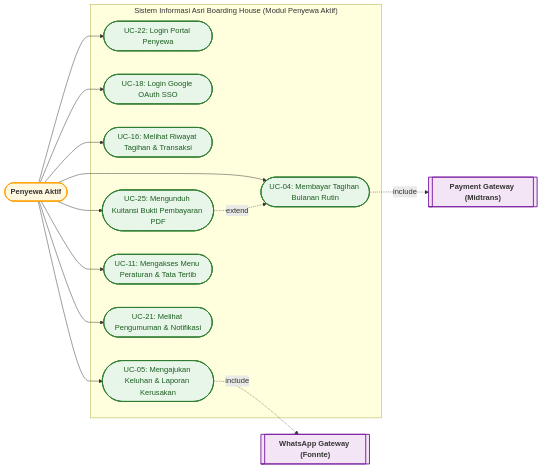
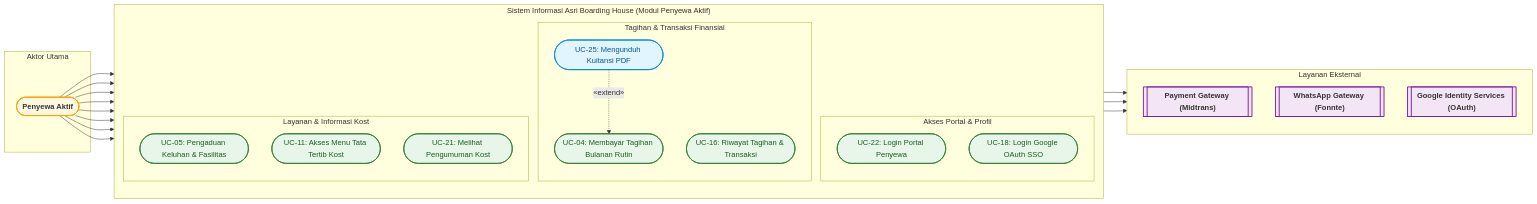
Before and after one commit to rafifarsyapradiva/asri-boarding-house: the second of 12 diagrams in Blueprint/Use_Case_Diagram_Kost.md, drawn with Mermaid. The commit also changed other lines of this file and 35 other files, not shown here.

Commit message:
docs(use-case): finalisasi use case diagram, kepatuhan notasi uml 2.5, alur interaksi terpadu, dan update blueprint v237.0

````diff
--- a/Blueprint/Use_Case_Diagram_Kost.md
+++ b/Blueprint/Use_Case_Diagram_Kost.md
@@ -97,40 +120,63 @@
 ```mermaid
 flowchart LR
     classDef primaryActor fill:#fff8e1,stroke:#ffa000,stroke-width:2px,font-weight:bold;
     classDef secondaryActor fill:#f3e5f5,stroke:#7b1fa2,stroke-width:2px,font-weight:bold;
-    classDef ucNode fill:#e8f5e9,stroke:#2e7d32,stroke-width:2px,color:#1b5e20;
+    classDef ucNode fill:#e8f5e9,stroke:#2e7d32,stroke-width:1.5px,color:#1b5e20;
+    classDef extNode fill:#e1f5fe,stroke:#0288d1,stroke-width:1.5px,color:#01579b;
 
-    %% Primary Actor
-    Penyewa(["Penyewa Aktif"]):::primaryActor
-
-    %% Secondary Actors
-    Midtrans[["Payment Gateway (Midtrans)"]]:::secondaryActor
-    Fonnte[["WhatsApp Gateway (Fonnte)"]]:::secondaryActor
-
-    %% System Boundary
-    subgraph System ["Sistem Informasi Asri Boarding House (Modul Penyewa Aktif)"]
-        UC22_P(["UC-22: Login Portal Penyewa"]):::ucNode
-        UC18_P(["UC-18: Login Google OAuth SSO"]):::ucNode
-        UC16_P(["UC-16: Melihat Riwayat Tagihan & Transaksi"]):::ucNode
-        UC04(["UC-04: Membayar Tagihan Bulanan Rutin"]):::ucNode
-        UC25(["UC-25: Mengunduh Kuitansi Bukti Pembayaran PDF"]):::ucNode
-        UC05(["UC-05: Mengajukan Keluhan & Laporan Kerusakan"]):::ucNode
-        UC11(["UC-11: Mengakses Menu Peraturan & Tata Tertib"]):::ucNode
-        UC21(["UC-21: Melihat Pengumuman & Notifikasi"]):::ucNode
+    %% Panel Kiri: Primary Actor
+    subgraph ColPenyewa ["Aktor Utama"]
+        Penyewa(["Penyewa Aktif"]):::primaryActor
     end
 
-    %% Relations - Penyewa Aktif
+    %% Boundary Sistem Modul Penyewa
+    subgraph BoundaryTenant ["Sistem Informasi Asri Boarding House (Modul Penyewa Aktif)"]
+        direction TB
+
+        %% Sub-klaster 1: Akses Portal
+        subgraph SubAksesTenant ["Akses Portal & Profil"]
+            UC22_P(["UC-22: Login Portal Penyewa"]):::ucNode
+            UC18_P(["UC-18: Login Google OAuth SSO"]):::ucNode
+        end
+
+        %% Sub-klaster 2: Tagihan & Pembayaran
+        subgraph SubKeuanganTenant ["Tagihan & Transaksi Finansial"]
+            UC16_P(["UC-16: Riwayat Tagihan & Transaksi"]):::ucNode
+            UC04(["UC-04: Membayar Tagihan Bulanan Rutin"]):::ucNode
+            UC25(["UC-25: Mengunduh Kuitansi PDF"]):::extNode
+        end
+
+        %% Sub-klaster 3: Layanan & Informasi Hunian
+        subgraph SubLayananTenant ["Layanan & Informasi Kost"]
+            UC05(["UC-05: Pengaduan Keluhan & Fasilitas"]):::ucNode
+            UC11(["UC-11: Akses Menu Tata Tertib Kost"]):::ucNode
+            UC21(["UC-21: Melihat Pengumuman Kost"]):::ucNode
+        end
+    end
+
+    %% Panel Kanan: Secondary Actors
+    subgraph ColEksternalTenant ["Layanan Eksternal"]
+        direction TB
+        Midtrans[["Payment Gateway (Midtrans)"]]:::secondaryActor
+        Fonnte[["WhatsApp Gateway (Fonnte)"]]:::secondaryActor
+        Google[["Google Identity Services (OAuth)"]]:::secondaryActor
+    end
+
+    %% Asosiasi Penyewa ke Use Cases
     Penyewa --> UC22_P
     Penyewa --> UC18_P
     Penyewa --> UC16_P
     Penyewa --> UC04
     Penyewa --> UC25
     Penyewa --> UC05
     Penyewa --> UC11
     Penyewa --> UC21
 
-    %% Relationships (Include & Extend)
-    UC25 -.-> |extend| UC04
-    UC04 -.-> |include| Midtrans
-    UC05 -.-> |include| Fonnte
+    %% Relasi Extend Antar Use Case (Extension -> Base)
+    UC25 -.-> |"&laquo;extend&raquo;"| UC04
+
+    %% Asosiasi ke Layanan Eksternal
+    UC18_P --> Google
+    UC04 --> Midtrans
+    UC05 --> Fonnte
 ```
````
